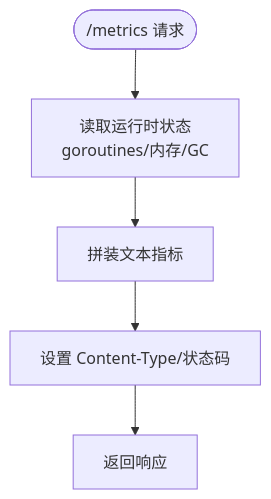
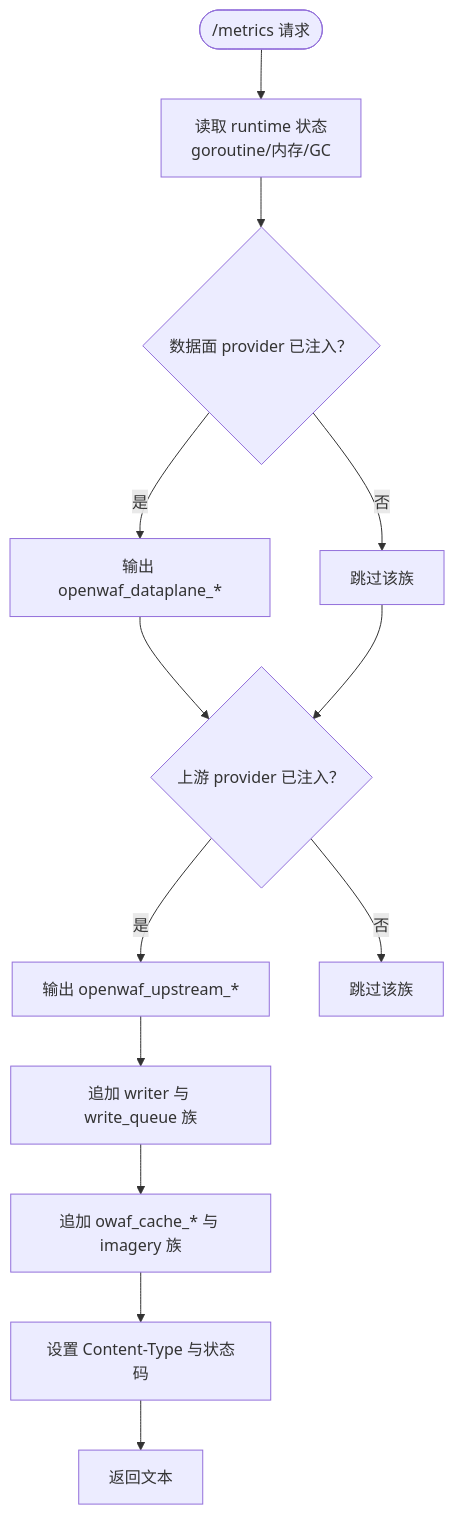
The fourth of 12 diagrams in docs/数据平面处理/性能监控与调优.md (x01n/My-OpenWaf), drawn with Mermaid before and after one commit. The commit also changed other lines of this file and 622 other files, not shown here.

````diff
--- a/docs/数据平面处理/性能监控与调优.md
+++ b/docs/数据平面处理/性能监控与调优.md
@@ -204,7 +287,15 @@
 ```mermaid
 flowchart TD
-Start(["/metrics 请求"]) --> Collect["读取运行时状态<br/>goroutines/内存/GC"]
-Collect --> Build["拼装文本指标"]
-Build --> SetHdr["设置 Content-Type/状态码"]
-SetHdr --> Send["返回响应"]
+Start(["/metrics 请求"]) --> Runtime["读取 runtime 状态<br/>goroutine/内存/GC"]
+Runtime --> DP{"数据面 provider 已注入？"}
+DP --> |是| DSM["输出 openwaf_dataplane_*"]
+DP --> |否| Skip1["跳过该族"]
+DSM --> Up{"上游 provider 已注入？"}
+Skip1 --> Up
+Up --> |是| USM["输出 openwaf_upstream_*"]
+Up --> |否| Skip2["跳过该族"]
+USM --> Writer["追加 writer 与 write_queue 族"]
+Writer --> Cache["追加 owaf_cache_* 与 imagery 族"]
+Cache --> Hdr["设置 Content-Type 与状态码"]
+Hdr --> Send["返回文本"]
 ```
````
